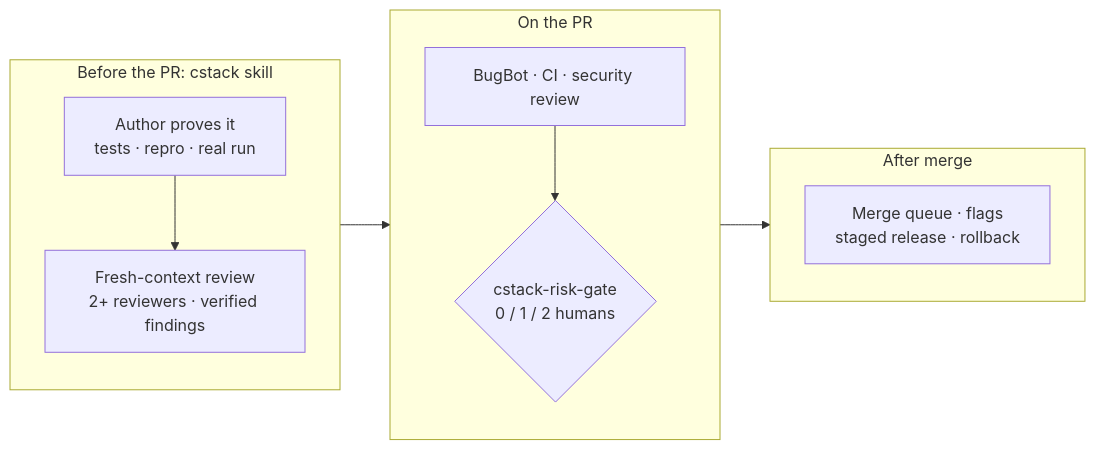
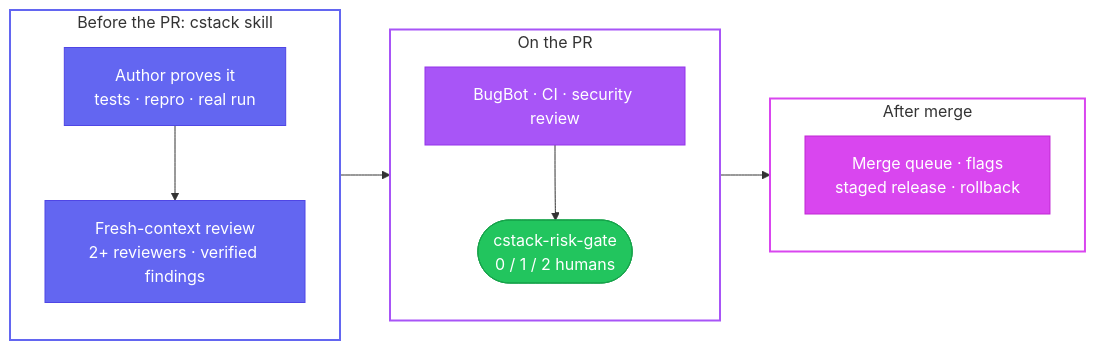
One commit to yulmucoffee/cstack changed the diagram in README.md. Above: the diagram before and after it, drawn with Mermaid. The commit also changed 1 other file, not shown here.

Commit message:
docs: color the review-layers diagram and soften the gate node

````diff
--- a/README.md
+++ b/README.md
@@ -153,16 +153,27 @@
 ```mermaid
 flowchart LR
   subgraph before["Before the PR: cstack skill"]
     direction TB
     a1["Author proves it<br/>tests · repro · real run"] --> a2["Fresh-context review<br/>2+ reviewers · verified findings"]
   end
   subgraph pr["On the PR"]
     direction TB
-    b1["BugBot · CI · security review"] --> b2{"cstack-risk-gate<br/>0 / 1 / 2 humans"}
+    b1["BugBot · CI · security review"] --> b2(["cstack-risk-gate<br/>0 / 1 / 2 humans"])
   end
   subgraph after["After merge"]
     direction TB
     c1["Merge queue · flags<br/>staged release · rollback"]
   end
   before --> pr --> after
+  classDef skill fill:#6366f1,stroke:#4f46e5,color:#ffffff
+  classDef check fill:#a855f7,stroke:#9333ea,color:#ffffff
+  classDef gate fill:#22c55e,stroke:#16a34a,color:#ffffff
+  classDef ship fill:#d946ef,stroke:#c026d3,color:#ffffff
+  class a1,a2 skill
+  class b1 check
+  class b2 gate
+  class c1 ship
+  style before fill:transparent,stroke:#6366f1,stroke-width:2px
+  style pr fill:transparent,stroke:#a855f7,stroke-width:2px
+  style after fill:transparent,stroke:#d946ef,stroke-width:2px
 ```
````
